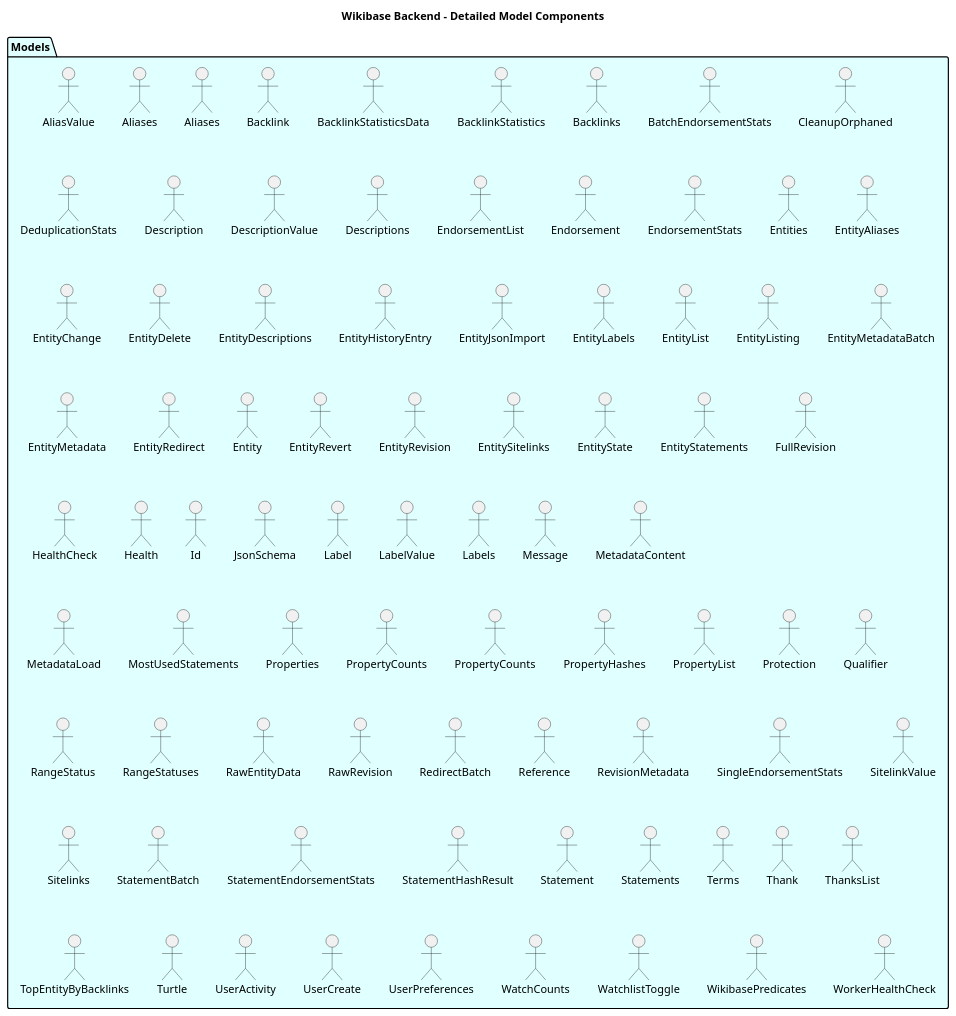
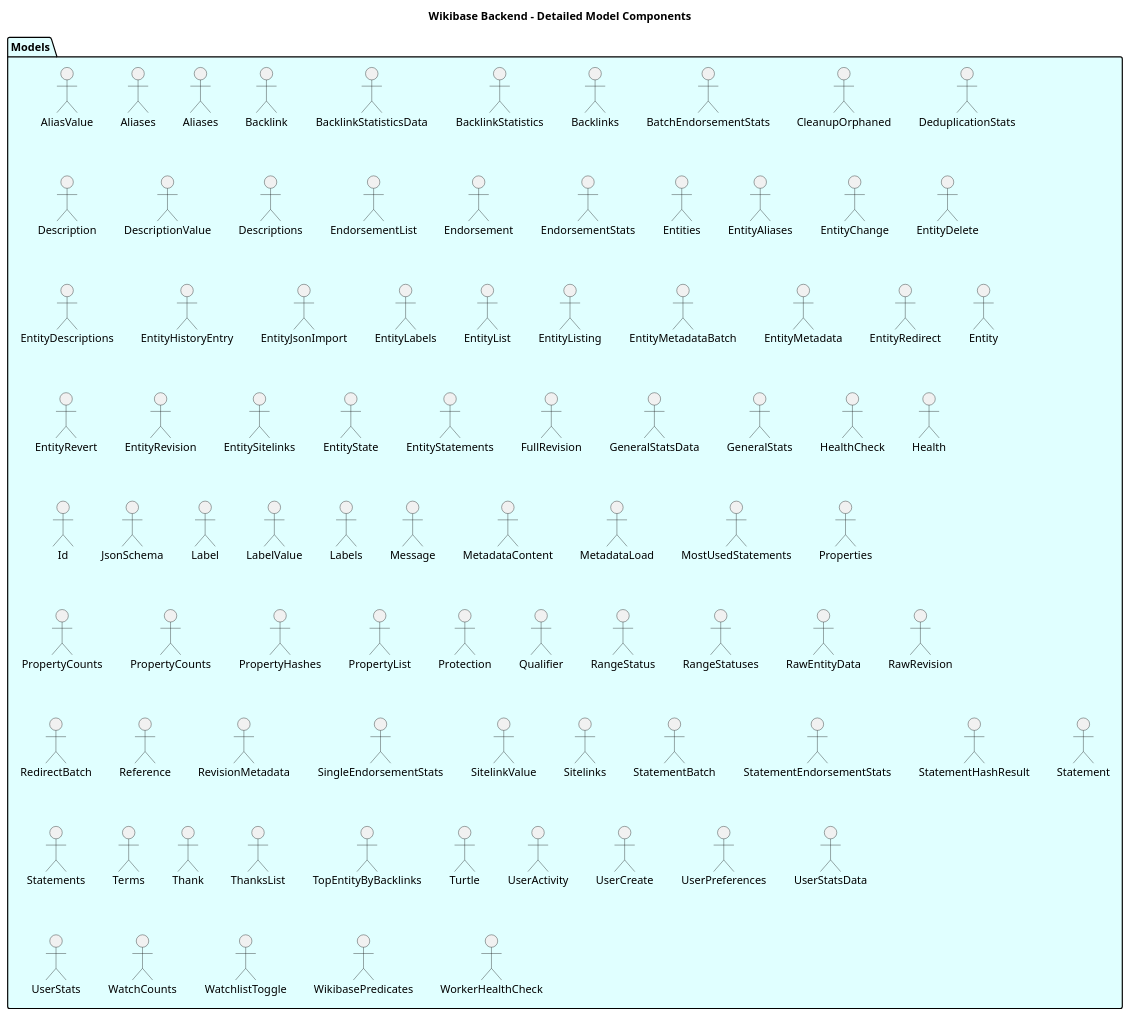
Before and after one commit to dpriskorn/entitybase-backend: the diagram in doc/DIAGRAMS/detailed_model_components.puml, drawn with PlantUML. The commit also changed 22 other files, not shown here.

```diff
--- a/doc/DIAGRAMS/detailed_model_components.puml
+++ b/doc/DIAGRAMS/detailed_model_components.puml
@@ -1,89 +1,93 @@
 @startuml Detailed Model Components
 
 title Wikibase Backend - Detailed Model Components
 
 package "Models" as Models #LightCyan {
     "AliasValue" as AliasValue
     "Aliases" as Aliases
     "Aliases" as AliasesResponse
     "Backlink" as Backlink
     "BacklinkStatisticsData" as BacklinkStatisticsData
     "BacklinkStatistics" as BacklinkStatisticsResponse
     "Backlinks" as BacklinksResponse
     "BatchEndorsementStats" as BatchEndorsementStatsResponse
     "CleanupOrphaned" as CleanupOrphanedResponse
     "DeduplicationStats" as DeduplicationStatsResponse
     "Description" as DescriptionResponse
     "DescriptionValue" as DescriptionValue
     "Descriptions" as DescriptionsResponse
     "EndorsementList" as EndorsementListResponse
     "Endorsement" as EndorsementResponse
     "EndorsementStats" as EndorsementStatsResponse
     "Entities" as EntitiesResponse
     "EntityAliases" as EntityAliasesResponse
     "EntityChange" as EntityChange
     "EntityDelete" as EntityDeleteResponse
     "EntityDescriptions" as EntityDescriptionsResponse
     "EntityHistoryEntry" as EntityHistoryEntry
     "EntityJsonImport" as EntityJsonImportResponse
     "EntityLabels" as EntityLabelsResponse
     "EntityList" as EntityListResponse
     "EntityListing" as EntityListing
     "EntityMetadataBatch" as EntityMetadataBatchResponse
     "EntityMetadata" as EntityMetadataResponse
     "EntityRedirect" as EntityRedirectResponse
     "Entity" as EntityResponse
     "EntityRevert" as EntityRevertResponse
     "EntityRevision" as EntityRevisionResponse
     "EntitySitelinks" as EntitySitelinksResponse
     "EntityState" as EntityState
     "EntityStatements" as EntityStatementsResponse
     "FullRevision" as FullRevisionResponse
+    "GeneralStatsData" as GeneralStatsData
+    "GeneralStats" as GeneralStatsResponse
     "HealthCheck" as HealthCheckResponse
     "Health" as HealthResponse
     "Id" as IdResponse
     "JsonSchema" as JsonSchema
     "Label" as LabelResponse
     "LabelValue" as LabelValue
     "Labels" as LabelsResponse
     "Message" as MessageResponse
     "MetadataContent" as MetadataContent
     "MetadataLoad" as MetadataLoadResponse
     "MostUsedStatements" as MostUsedStatementsResponse
     "Properties" as PropertiesResponse
     "PropertyCounts" as PropertyCounts
     "PropertyCounts" as PropertyCountsResponse
     "PropertyHashes" as PropertyHashesResponse
     "PropertyList" as PropertyListResponse
     "Protection" as ProtectionResponse
     "Qualifier" as QualifierResponse
     "RangeStatus" as RangeStatus
     "RangeStatuses" as RangeStatuses
     "RawEntityData" as RawEntityData
     "RawRevision" as RawRevisionResponse
     "RedirectBatch" as RedirectBatchResponse
     "Reference" as ReferenceResponse
     "RevisionMetadata" as RevisionMetadataResponse
     "SingleEndorsementStats" as SingleEndorsementStatsResponse
     "SitelinkValue" as SitelinkValue
     "Sitelinks" as SitelinksResponse
     "StatementBatch" as StatementBatchResponse
     "StatementEndorsementStats" as StatementEndorsementStats
     "StatementHashResult" as StatementHashResult
     "Statement" as StatementResponse
     "Statements" as StatementsResponse
     "Terms" as TermsResponse
     "Thank" as ThankResponse
     "ThanksList" as ThanksListResponse
     "TopEntityByBacklinks" as TopEntityByBacklinks
     "Turtle" as TurtleResponse
     "UserActivity" as UserActivityResponse
     "UserCreate" as UserCreateResponse
     "UserPreferences" as UserPreferencesResponse
+    "UserStatsData" as UserStatsData
+    "UserStats" as UserStatsResponse
     "WatchCounts" as WatchCounts
     "WatchlistToggle" as WatchlistToggleResponse
     "WikibasePredicates" as WikibasePredicatesResponse
     "WorkerHealthCheck" as WorkerHealthCheckResponse
 }
 
 @enduml
```
